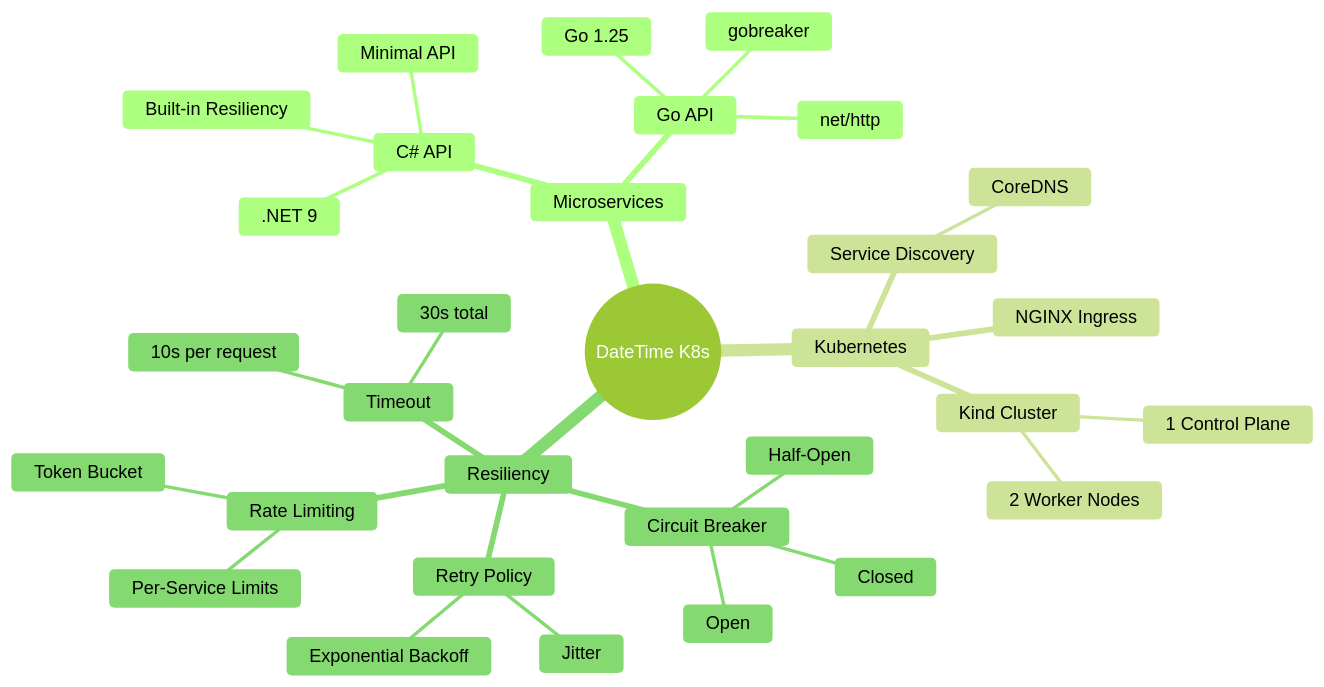
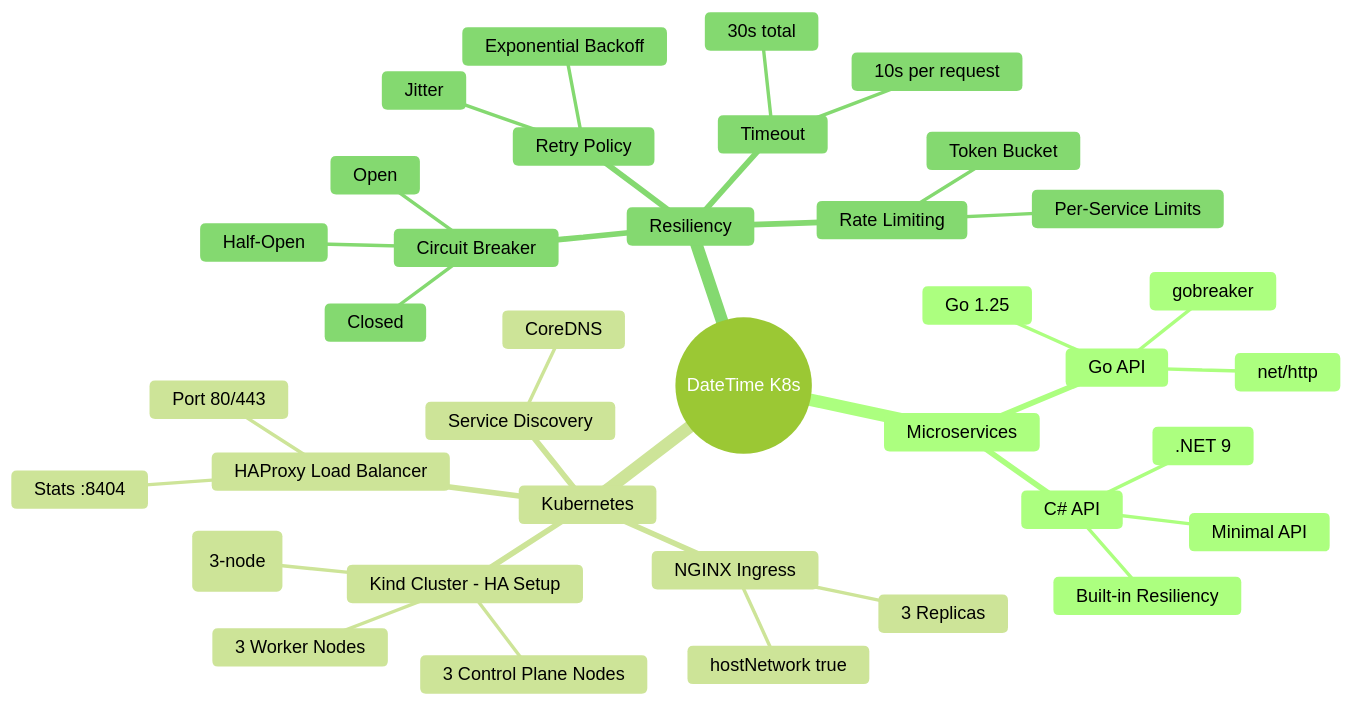
One commit to esersahin/datetime-k8s changed the fifth of 5 diagrams in docs/architecture-diagram.md. Above: the diagram before and after it, drawn with Mermaid (forest theme). The commit also changed 5 other files, not shown here.

First line of the commit message:
docs: Update architecture docs to reflect 3+3 HA cluster setup

````diff
--- a/docs/architecture-diagram.md
+++ b/docs/architecture-diagram.md
@@ -170,34 +170,40 @@
 ```mermaid
 mindmap
   root((DateTime K8s))
     Microservices
       C# API
         .NET 9
         Minimal API
         Built-in Resiliency
       Go API
         Go 1.25
         net/http
         gobreaker
     Kubernetes
-      Kind Cluster
-        1 Control Plane
-        2 Worker Nodes
+      Kind Cluster - HA Setup
+        3 Control Plane Nodes
+        3 Worker Nodes
+        etcd Quorum (3-node)
+      HAProxy Load Balancer
+        Port 80/443
+        Stats :8404
       NGINX Ingress
+        3 Replicas
+        hostNetwork true
       Service Discovery
         CoreDNS
     Resiliency
       Circuit Breaker
         Closed
         Open
         Half-Open
       Retry Policy
         Exponential Backoff
         Jitter
       Rate Limiting
         Token Bucket
         Per-Service Limits
       Timeout
         10s per request
         30s total
 ```
````
